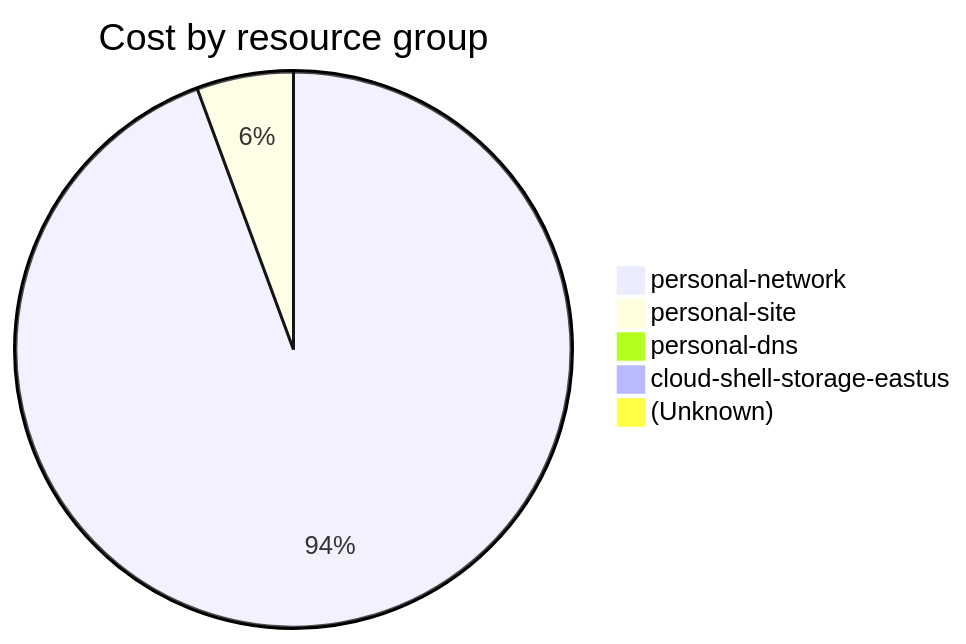
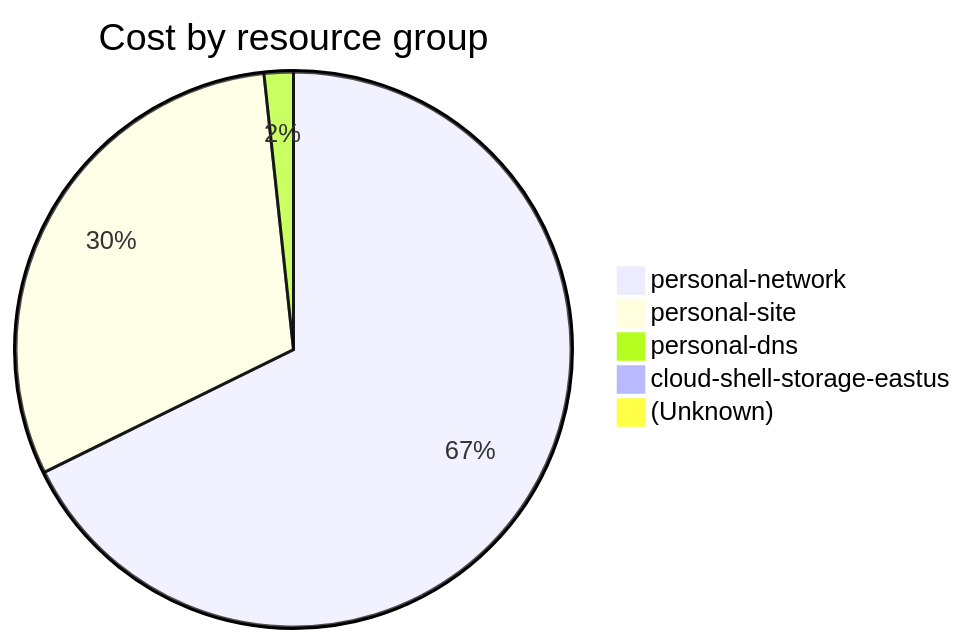
One commit to jpfulton/azure-personal-reports changed the fourth of 4 diagrams in cost-reports/accumulated-cost.md. Above: the diagram before and after it, drawn with Mermaid. The commit also changed other lines of this file and 4 other files, not shown here.

````diff
--- a/cost-reports/accumulated-cost.md
+++ b/cost-reports/accumulated-cost.md
@@ -155,9 +155,9 @@
 ```mermaid
 pie
    title Cost by resource group
-   "personal-network" : 109.19
-   "personal-site" : 6.51
-   "personal-dns" : 0.36
-   "cloud-shell-storage-eastus" : 0.11
+   "personal-network" : 15.94
+   "personal-site" : 7.20
+   "personal-dns" : 0.40
+   "cloud-shell-storage-eastus" : 0.12
    "(Unknown)" : 0.10
 ```
````
